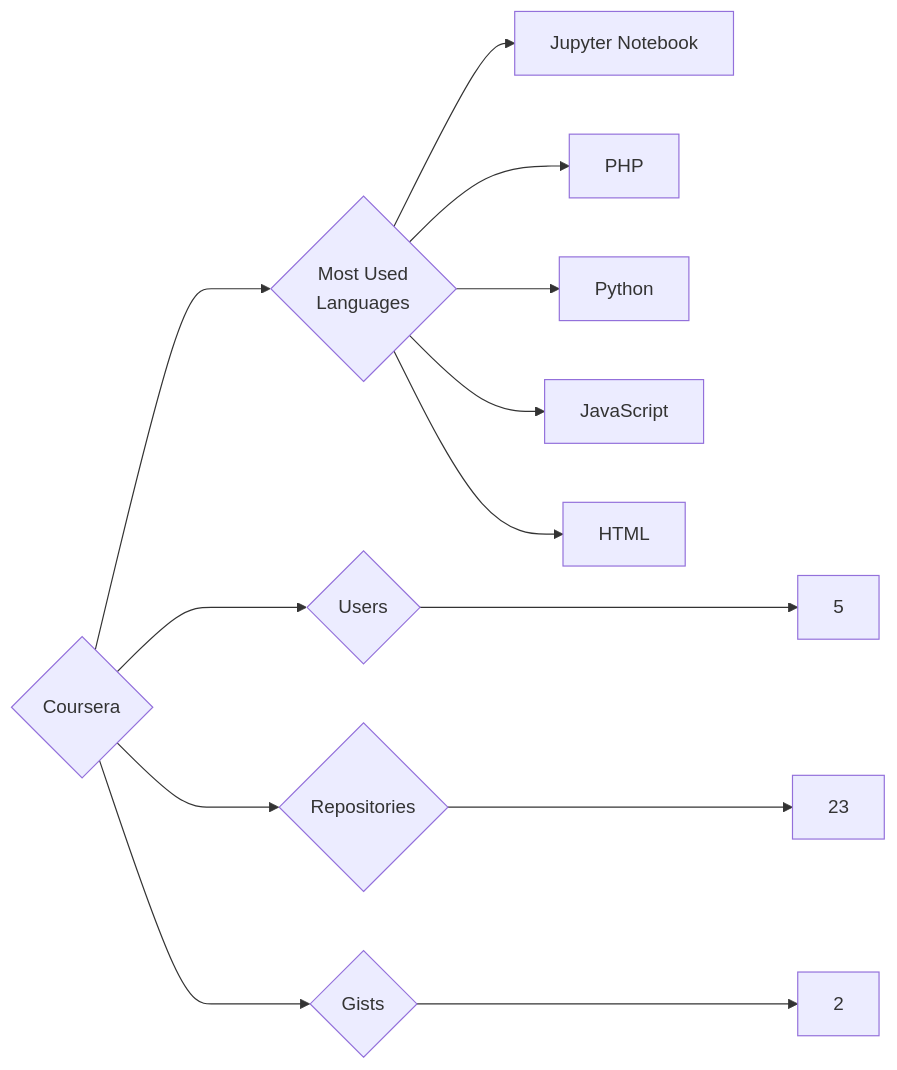
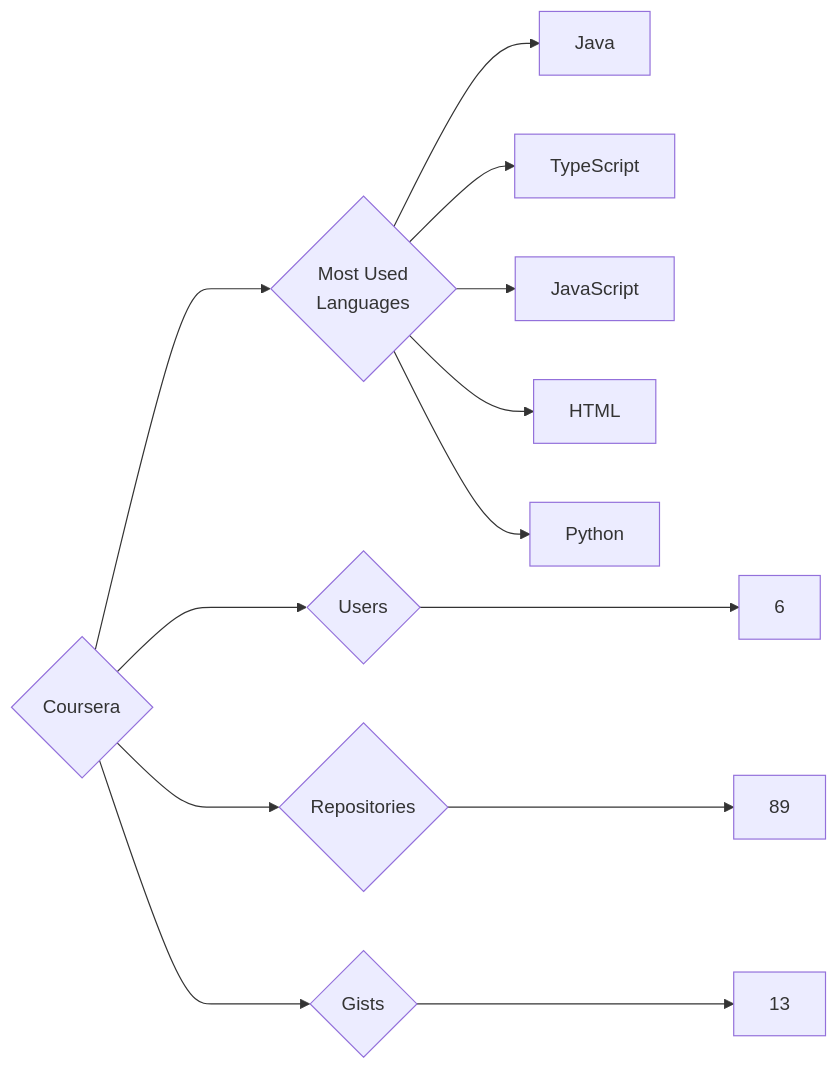
One commit to trickest/insiders changed the diagram in targets/Coursera/README.md. Above: the diagram before and after it, drawn with Mermaid. The commit also changed 823 other files, not shown here.

````diff
--- a/targets/Coursera/README.md
+++ b/targets/Coursera/README.md
@@ -3,13 +3,13 @@
 ```mermaid
 graph LR
 COMPANY_NAME{Coursera}
-COMPANY_NAME ---> U{Users} ---> UN[5]
-COMPANY_NAME ---> R{Repositories} ---> RN[23]
-COMPANY_NAME ---> G{Gists} ---> GN[2]
+COMPANY_NAME ---> U{Users} ---> UN[6]
+COMPANY_NAME ---> R{Repositories} ---> RN[89]
+COMPANY_NAME ---> G{Gists} ---> GN[13]
 COMPANY_NAME ---> ML{Most Used<br>Languages}
-ML --> Jupyter_Notebook[Jupyter Notebook]
-ML --> PHP[PHP]
-ML --> Python[Python]
+ML --> Java[Java]
+ML --> TypeScript[TypeScript]
 ML --> JavaScript[JavaScript]
 ML --> HTML[HTML]
+ML --> Python[Python]
 ```
````
